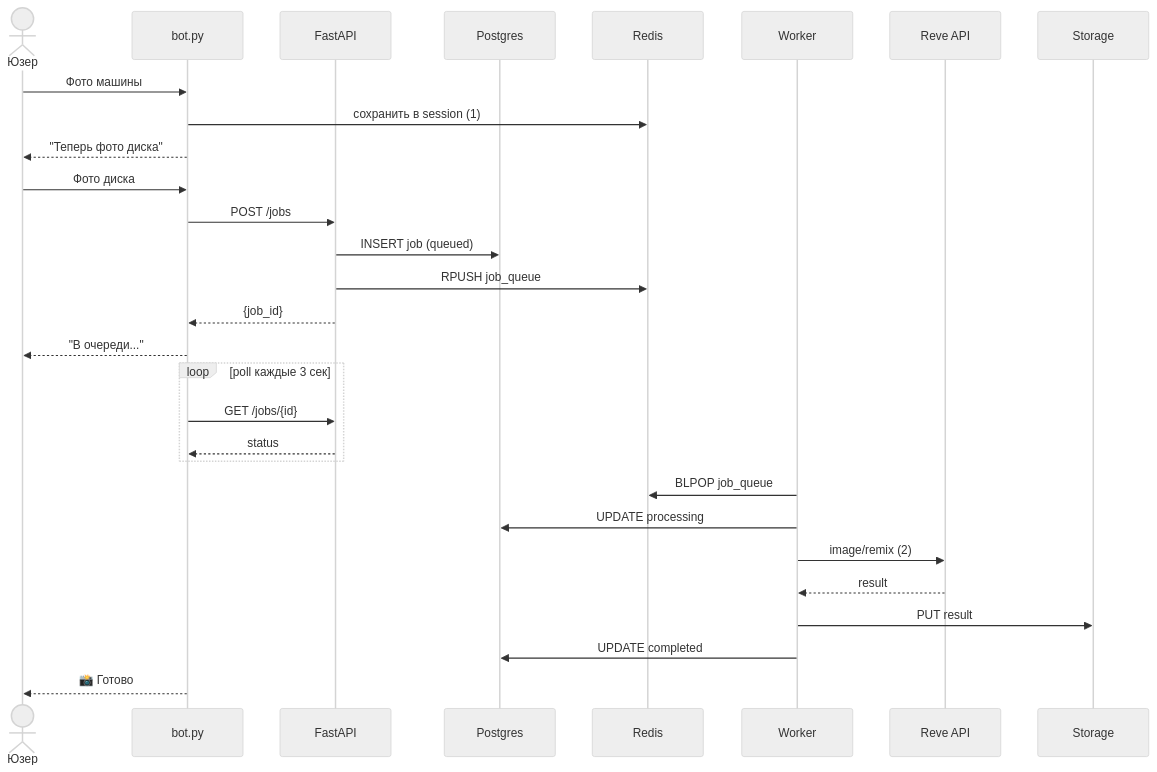
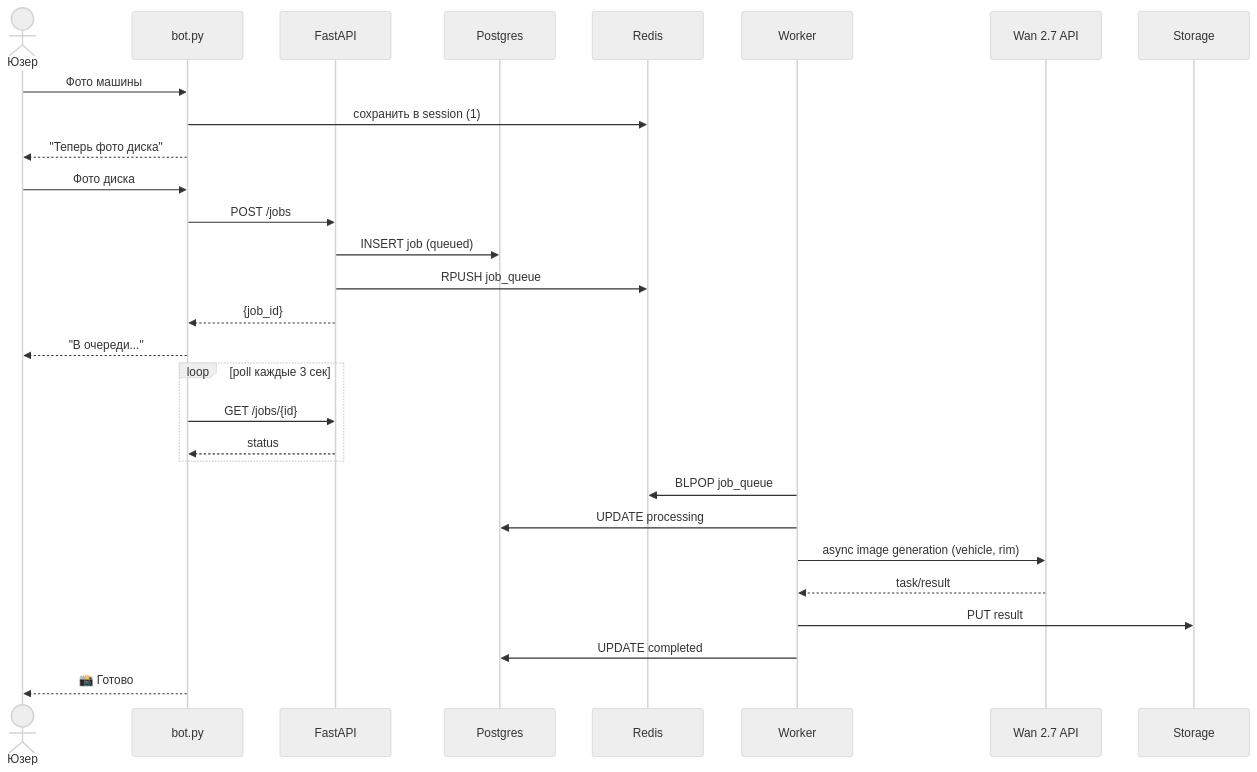
One commit to NickElixir/dream-wheels-ai changed the first of 8 diagrams in docs/architecture.md. Above: the diagram before and after it, drawn with Mermaid (neutral theme). The commit also changed other lines of this file and 28 other files, not shown here.

First line of the commit message:
feat: integrate Wan generation provider runtime

````diff
--- a/docs/architecture.md
+++ b/docs/architecture.md
@@ -24,35 +24,35 @@
 ```mermaid
 sequenceDiagram
     actor User as Юзер
     participant Bot as bot.py
     participant API as FastAPI
     participant DB as Postgres
     participant Q as Redis
     participant W as Worker
-    participant R as Reve API
+    participant R as Wan 2.7 API
     participant S as Storage
 
     User->>Bot: Фото машины
     Bot->>Q: сохранить в session (1)
     Bot-->>User: "Теперь фото диска"
     User->>Bot: Фото диска
     Bot->>API: POST /jobs
     API->>DB: INSERT job (queued)
     API->>Q: RPUSH job_queue
     API-->>Bot: {job_id}
     Bot-->>User: "В очереди..."
 
     loop poll каждые 3 сек
         Bot->>API: GET /jobs/{id}
         API-->>Bot: status
     end
 
     W->>Q: BLPOP job_queue
     W->>DB: UPDATE processing
-    W->>R: image/remix (2)
-    R-->>W: result
+    W->>R: async image generation (vehicle, rim)
+    R-->>W: task/result
     W->>S: PUT result
     W->>DB: UPDATE completed
 
     Bot-->>User: 📸 Готово
 ```
````
